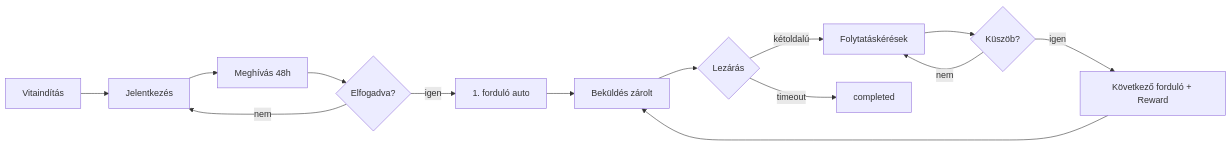
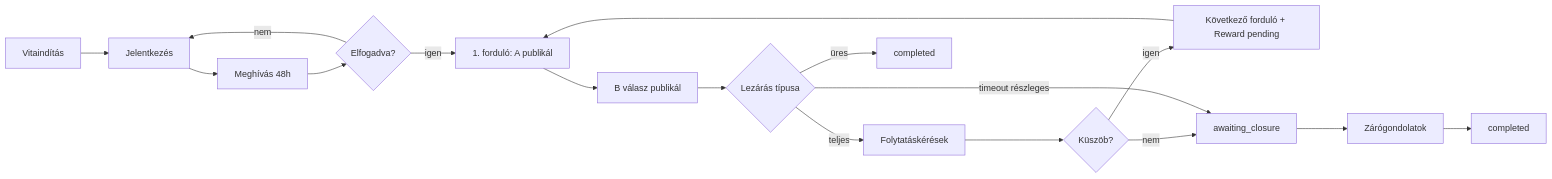
Before and after one commit to kolor49-ui/winunio: the diagram in docs/USER_FLOWS.md, drawn with Mermaid. The commit also changed other lines of this file and 30 other files, not shown here.

First line of the commit message:
Align round flow with sequential A→B publication and closure model.

````diff
--- a/docs/USER_FLOWS.md
+++ b/docs/USER_FLOWS.md
@@ -174,16 +227,19 @@
 ```mermaid
 flowchart LR
   A[Vitaindítás] --> B[Jelentkezés]
   B --> C[Meghívás 48h]
   C --> D{Elfogadva?}
-  D -->|igen| E[1. forduló auto]
+  D -->|igen| E[1. forduló: A publikál]
   D -->|nem| B
-  E --> F[Beküldés zárolt]
-  F --> G{Lezárás}
-  G -->|kétoldalú| H[Folytatáskérések]
+  E --> F[B válasz publikál]
+  F --> G{Lezárás típusa}
+  G -->|teljes| H[Folytatáskérések]
   H --> I{Küszöb?}
-  I -->|igen| J[Következő forduló + Reward]
-  I -->|nem| H
-  J --> F
-  G -->|timeout| K[completed]
+  I -->|igen| J[Következő forduló + Reward pending]
+  I -->|nem| K[awaiting_closure]
+  J --> E
+  G -->|timeout részleges| K
+  K --> L[Zárógondolatok]
+  L --> M[completed]
+  G -->|üres| N[completed]
 ```
````
